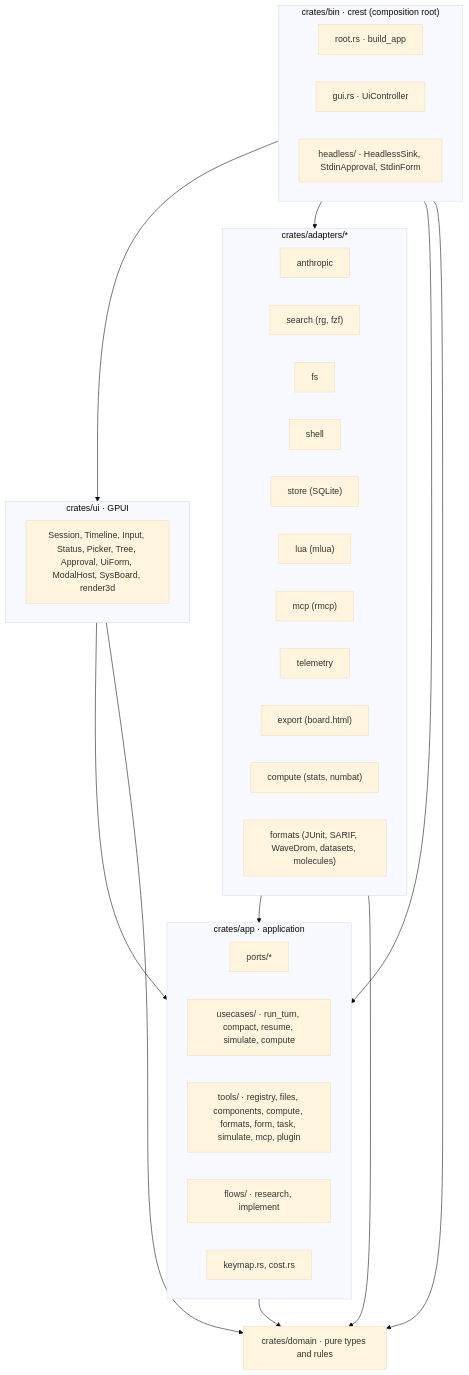
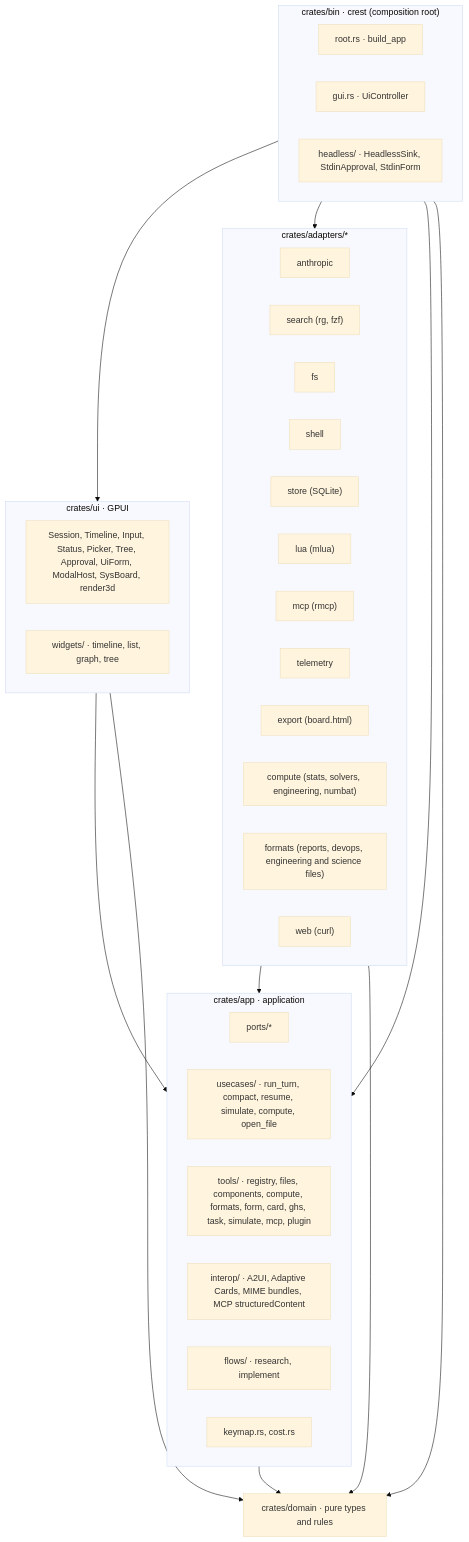
Before and after one commit to lazaroMB/crest: the first of 4 diagrams in docs/architecture.md, drawn with Mermaid (base theme). The commit also changed other lines of this file and 4 other files, not shown here.

````diff
--- a/docs/architecture.md
+++ b/docs/architecture.md
@@ -11,37 +11,40 @@
 ```mermaid
 flowchart TB
     subgraph bin["crates/bin · crest (composition root)"]
         root["root.rs · build_app"]
         gui["gui.rs · UiController"]
         headless["headless/ · HeadlessSink, StdinApproval, StdinForm"]
     end
     subgraph ui["crates/ui · GPUI"]
         session["Session, Timeline, Input, Status, Picker, Tree, Approval, UiForm, ModalHost, SysBoard, render3d"]
+        widgets["widgets/ · timeline, list, graph, tree"]
     end
     subgraph adapters["crates/adapters/*"]
         anthropic["anthropic"]
         search["search (rg, fzf)"]
         fs["fs"]
         shell["shell"]
         store["store (SQLite)"]
         lua["lua (mlua)"]
         mcp["mcp (rmcp)"]
         telemetry["telemetry"]
         export["export (board.html)"]
-        compute["compute (stats, numbat)"]
-        formats["formats (JUnit, SARIF, WaveDrom, datasets, molecules)"]
+        compute["compute (stats, solvers, engineering, numbat)"]
+        formats["formats (reports, devops, engineering and science files)"]
+        web["web (curl)"]
     end
     subgraph app["crates/app · application"]
         ports["ports/*"]
-        usecases["usecases/ · run_turn, compact, resume, simulate, compute"]
-        tools["tools/ · registry, files, components, compute, formats, form, task, simulate, mcp, plugin"]
+        usecases["usecases/ · run_turn, compact, resume, simulate, compute, open_file"]
+        tools["tools/ · registry, files, components, compute, formats, form, card, ghs, task, simulate, mcp, plugin"]
+        interop["interop/ · A2UI, Adaptive Cards, MIME bundles, MCP structuredContent"]
         flows["flows/ · research, implement"]
         keymap["keymap.rs, cost.rs"]
     end
     domain["crates/domain · pure types and rules"]
 
     bin --> ui & adapters & app & domain
     ui --> app & domain
     adapters --> app & domain
     app --> domain
 ```
````
